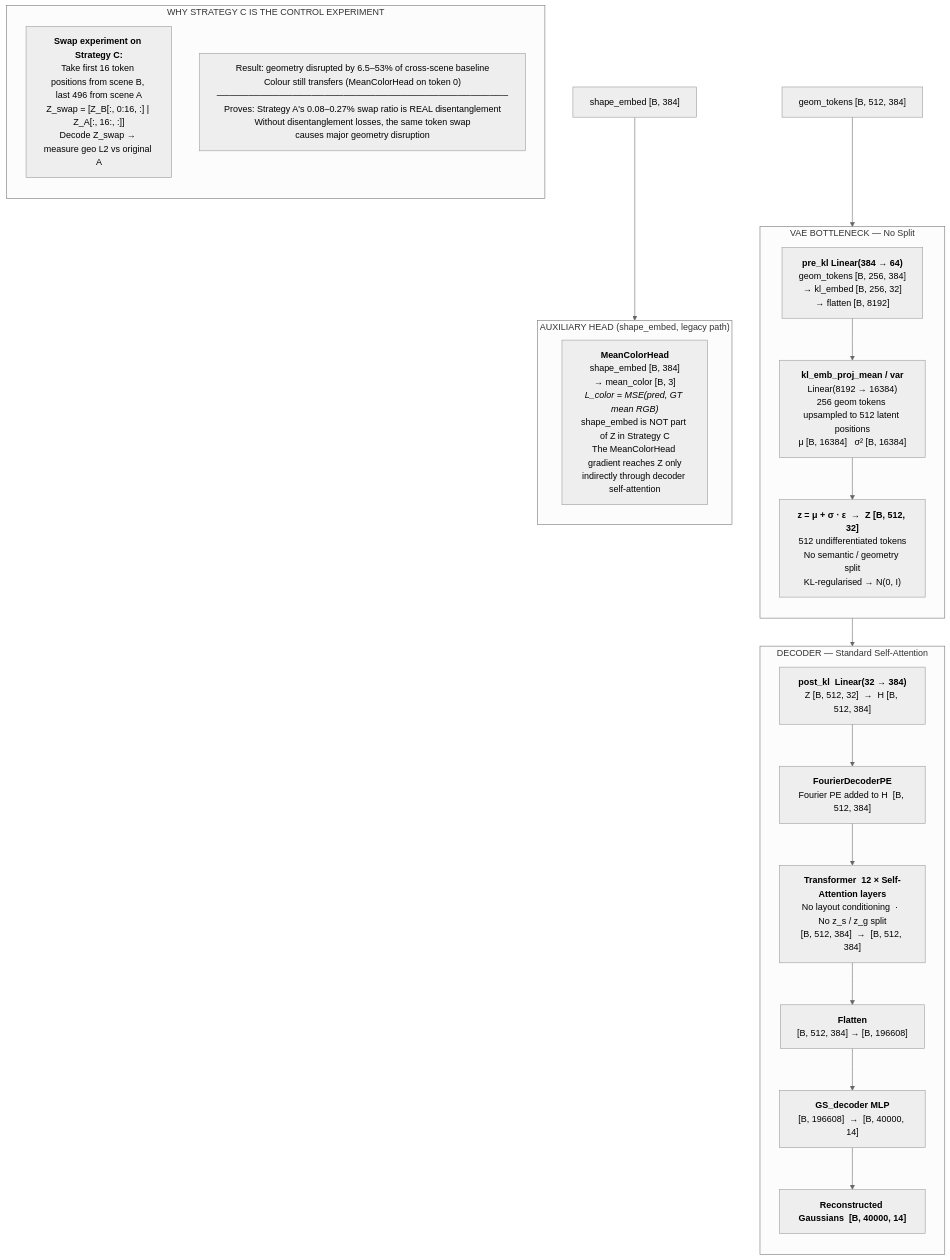
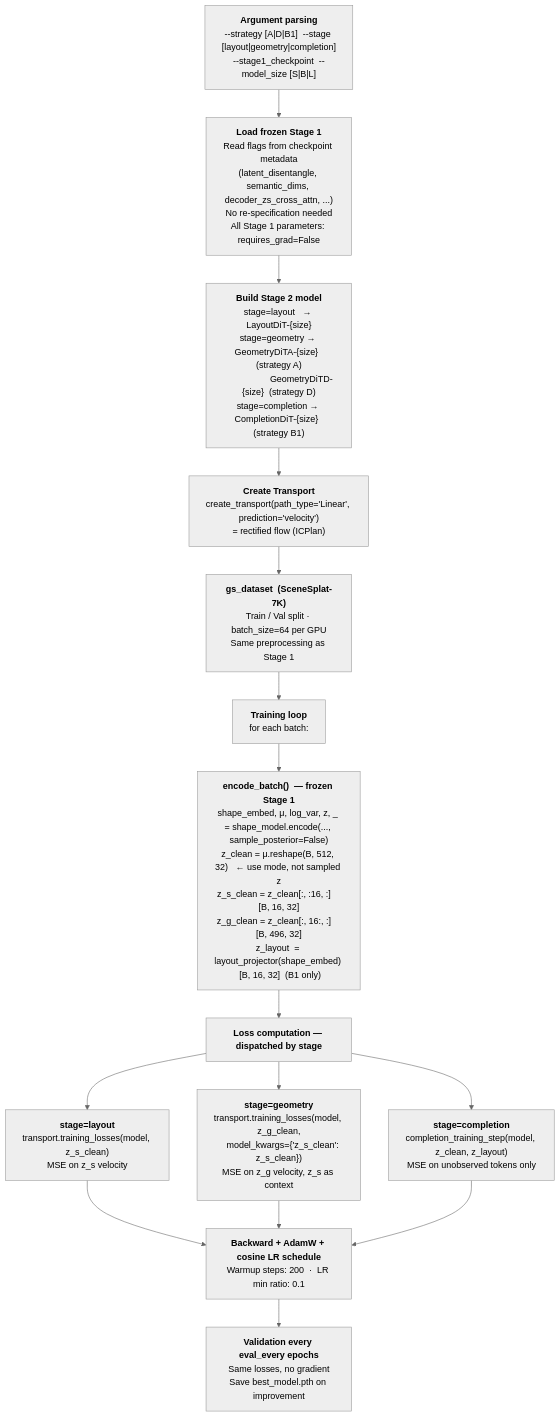
Before and after one commit to Hafeezmhk7/Semantic-Scene-Completion: the seventh of 9 diagrams in stage2/README_STAGE2.MD, drawn with Mermaid (neutral theme). The commit also changed other lines of this file, not shown here.

Commit message:
Adding readme file for stage 2

````diff
--- a/stage2/README_STAGE2.MD
+++ b/stage2/README_STAGE2.MD
@@ -424,36 +470,31 @@
 ```mermaid
 flowchart TD
-    SE_C["shape_embed  [B, 384]"]
-    GT_C["geom_tokens  [B, 512, 384]"]
+    ARGS["<b>Argument parsing</b><br/>--strategy [A|D|B1]  --stage [layout|geometry|completion]<br/>--stage1_checkpoint  --model_size [S|B|L]"]
 
-    subgraph BOT_C["VAE BOTTLENECK — No Split"]
-        direction TB
-        PREKL_C["<b>pre_kl  Linear(384 → 64)</b><br/>geom_tokens [B, 256, 384]<br/>→ kl_embed [B, 256, 32]<br/>→ flatten  [B, 8192]"]
-        MU_C["<b>kl_emb_proj_mean / var</b><br/>Linear(8192 → 16384)<br/>256 geom tokens upsampled to 512 latent positions<br/>μ [B, 16384]   σ² [B, 16384]"]
-        Z_C["<b>z = μ + σ · ε  →  Z [B, 512, 32]</b><br/>512 undifferentiated tokens<br/>No semantic / geometry split<br/>KL-regularised → N(0, I)"]
-    end
+    S1["<b>Load frozen Stage 1</b><br/>Read flags from checkpoint metadata<br/>(latent_disentangle, semantic_dims, decoder_zs_cross_attn, ...)<br/>No re-specification needed<br/>All Stage 1 parameters: requires_grad=False"]
 
-    subgraph HEAD_C["AUXILIARY HEAD  (shape_embed, legacy path)"]
-        HC_C["<b>MeanColorHead</b><br/>shape_embed [B, 384]<br/>→ mean_color [B, 3]<br/><i>L_color = MSE(pred, GT mean RGB)</i><br/>shape_embed is NOT part of Z in Strategy C<br/>The MeanColorHead gradient reaches Z only<br/>indirectly through decoder self-attention"]
-    end
+    S2["<b>Build Stage 2 model</b><br/>stage=layout   → LayoutDiT-{size}<br/>stage=geometry → GeometryDiTA-{size}  (strategy A)<br/>                  GeometryDiTD-{size}  (strategy D)<br/>stage=completion → CompletionDiT-{size}  (strategy B1)"]
 
-    subgraph DEC_C["DECODER — Standard Self-Attention"]
-        direction TB
-        POSTKL_C["<b>post_kl  Linear(32 → 384)</b><br/>Z [B, 512, 32]  →  H [B, 512, 384]"]
-        FOURPE_C["<b>FourierDecoderPE</b><br/>Fourier PE added to H  [B, 512, 384]"]
-        TRANS_C["<b>Transformer  12 × Self-Attention layers</b><br/>No layout conditioning  ·  No z_s / z_g split<br/>[B, 512, 384]  →  [B, 512, 384]"]
-        FLAT_C["<b>Flatten</b><br/>[B, 512, 384]  →  [B, 196608]"]
-        GSD_C["<b>GS_decoder MLP</b><br/>[B, 196608]  →  [B, 40000, 14]"]
-        OUT_C["<b>Reconstructed Gaussians  [B, 40000, 14]</b>"]
-    end
+    TRANS["<b>Create Transport</b><br/>create_transport(path_type='Linear', prediction='velocity')<br/>= rectified flow (ICPlan)"]
 
-    subgraph CTRL["WHY STRATEGY C IS THE CONTROL EXPERIMENT"]
-        direction TB
-        NOTE1["<b>Swap experiment on Strategy C:</b><br/>Take first 16 token positions from scene B, last 496 from scene A<br/>Z_swap = [Z_B[:, 0:16, :] | Z_A[:, 16:, :]]<br/>Decode Z_swap → measure geo L2 vs original A"]
-        NOTE2["Result: geometry disrupted by 6.5–53% of cross-scene baseline<br/>Colour still transfers (MeanColorHead on token 0)<br/>──────────────────────────────────────────────<br/>Proves: Strategy A's 0.08–0.27% swap ratio is REAL disentanglement<br/>Without disentanglement losses, the same token swap<br/>causes major geometry disruption"]
-    end
+    DATA["<b>gs_dataset  (SceneSplat-7K)</b><br/>Train / Val split · batch_size=64 per GPU<br/>Same preprocessing as Stage 1"]
 
-    SE_C --> HEAD_C
-    GT_C --> PREKL_C --> MU_C --> Z_C
-    Z_C --> POSTKL_C --> FOURPE_C --> TRANS_C --> FLAT_C --> GSD_C --> OUT_C
+    LOOP["<b>Training loop</b><br/>for each batch:"]
+
+    ENC["<b>encode_batch()  — frozen Stage 1</b><br/>shape_embed, μ, log_var, z, _ = shape_model.encode(..., sample_posterior=False)<br/>z_clean = μ.reshape(B, 512, 32)   ← use mode, not sampled z<br/>z_s_clean = z_clean[:, :16, :]    [B, 16, 32]<br/>z_g_clean = z_clean[:, 16:, :]    [B, 496, 32]<br/>z_layout  = layout_projector(shape_embed)  [B, 16, 32]  (B1 only)"]
+
+    LOSS_DISP["<b>Loss computation — dispatched by stage</b>"]
+
+    L1["<b>stage=layout</b><br/>transport.training_losses(model, z_s_clean)<br/>MSE on z_s velocity"]
+    L2["<b>stage=geometry</b><br/>transport.training_losses(model, z_g_clean,<br/>    model_kwargs={'z_s_clean': z_s_clean})<br/>MSE on z_g velocity, z_s as context"]
+    L3["<b>stage=completion</b><br/>completion_training_step(model, z_clean, z_layout)<br/>MSE on unobserved tokens only"]
+
+    BACK["<b>Backward + AdamW + cosine LR schedule</b><br/>Warmup steps: 200  ·  LR min ratio: 0.1"]
+
+    VAL["<b>Validation every eval_every epochs</b><br/>Same losses, no gradient<br/>Save best_model.pth on improvement"]
+
+    ARGS --> S1 --> S2 --> TRANS --> DATA --> LOOP
+    LOOP --> ENC --> LOSS_DISP
+    LOSS_DISP --> L1 & L2 & L3
+    L1 & L2 & L3 --> BACK --> VAL
 ```
````
